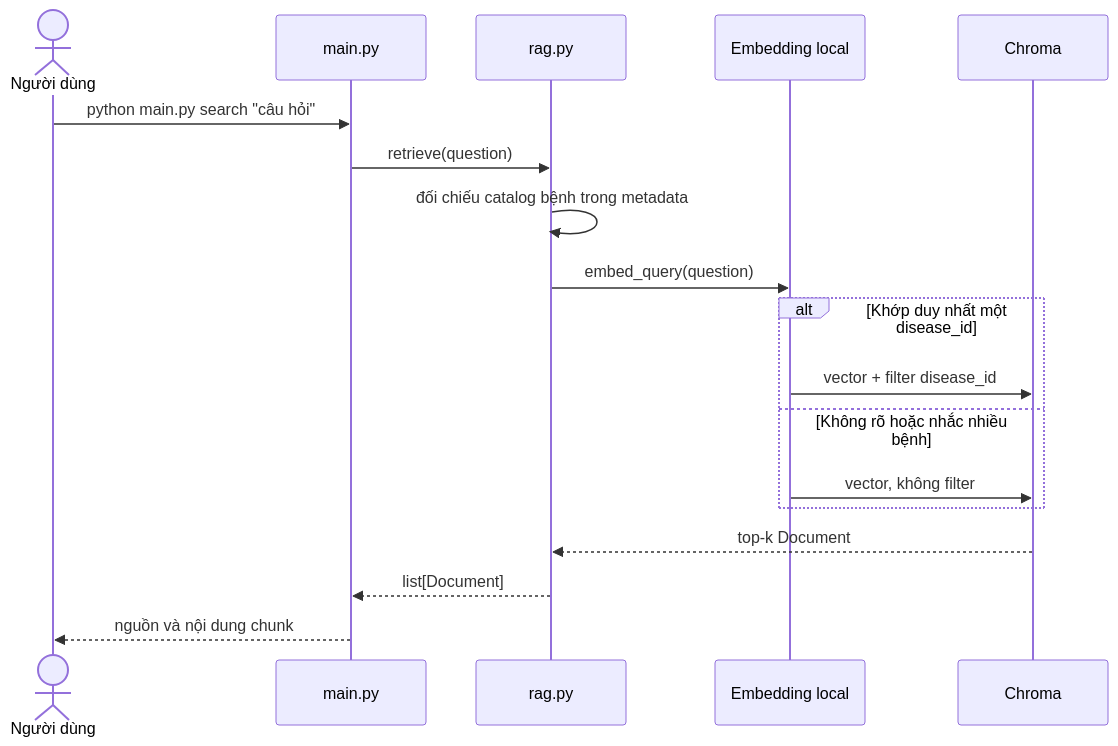
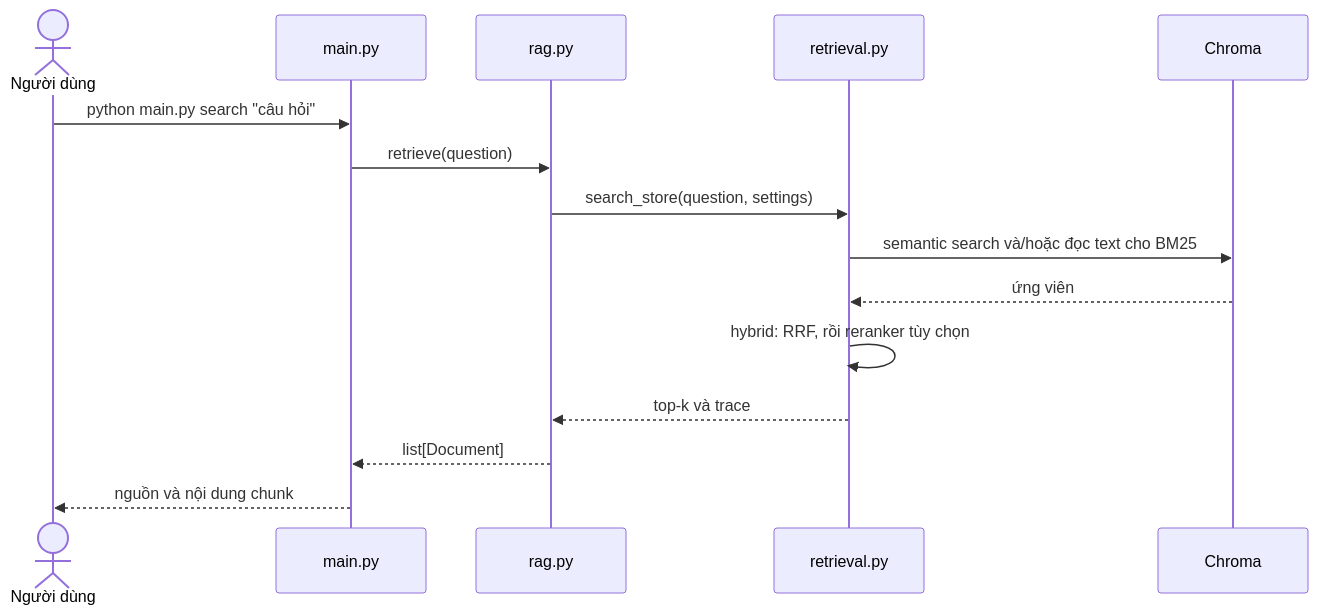
One commit to thuanngza2203/capstone-project-039-253 changed the second of 3 diagrams in RAG-module/docs/PIPELINE.md. Above: the diagram before and after it, drawn with Mermaid. The commit also changed other lines of this file and 56 other files, not shown here.

````diff
--- a/RAG-module/docs/PIPELINE.md
+++ b/RAG-module/docs/PIPELINE.md
@@ -60,20 +66,17 @@
 ```mermaid
 sequenceDiagram
     actor U as Người dùng
     participant CLI as main.py
     participant R as rag.py
-    participant E as Embedding local
+    participant S as retrieval.py
     participant C as Chroma
     U->>CLI: python main.py search "câu hỏi"
     CLI->>R: retrieve(question)
-    R->>R: đối chiếu catalog bệnh trong metadata
-    R->>E: embed_query(question)
-    alt Khớp duy nhất một disease_id
-        E->>C: vector + filter disease_id
-    else Không rõ hoặc nhắc nhiều bệnh
-        E->>C: vector, không filter
-    end
-    C-->>R: top-k Document
+    R->>S: search_store(question, settings)
+    S->>C: semantic search và/hoặc đọc text cho BM25
+    C-->>S: ứng viên
+    S->>S: hybrid: RRF, rồi reranker tùy chọn
+    S-->>R: top-k và trace
     R-->>CLI: list[Document]
     CLI-->>U: nguồn và nội dung chunk
 ```
````
